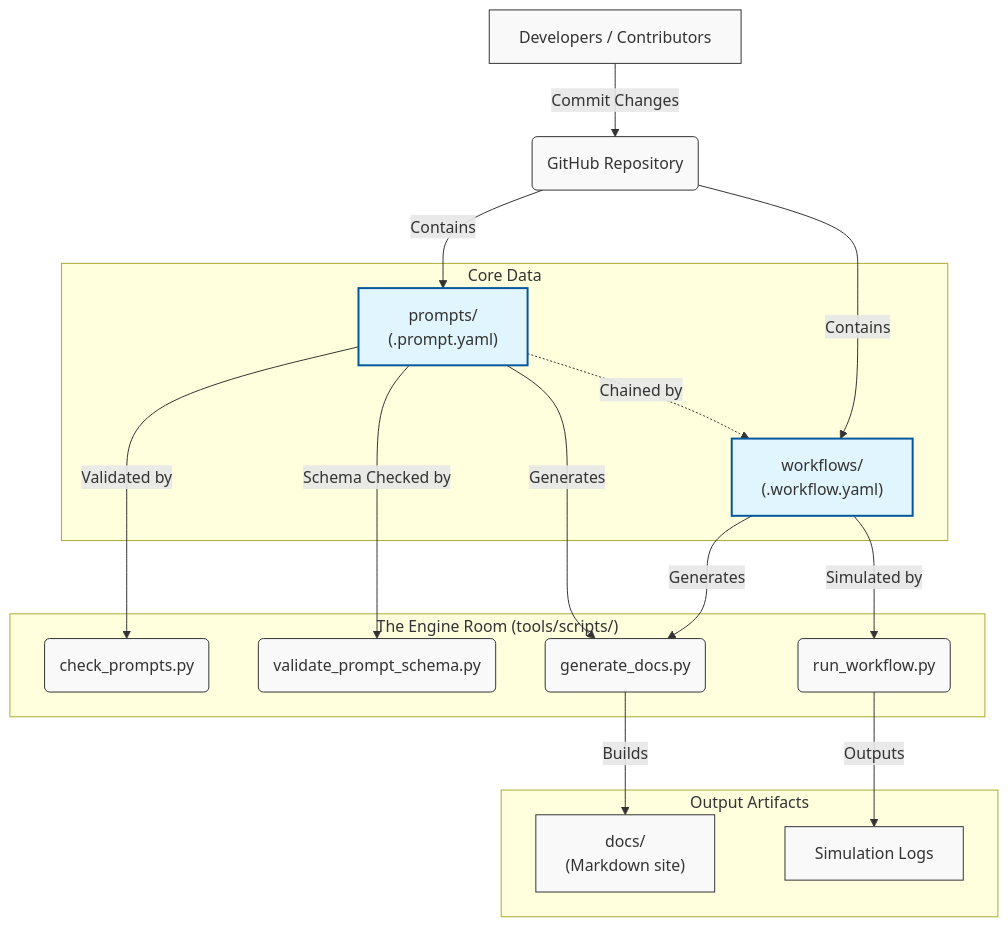
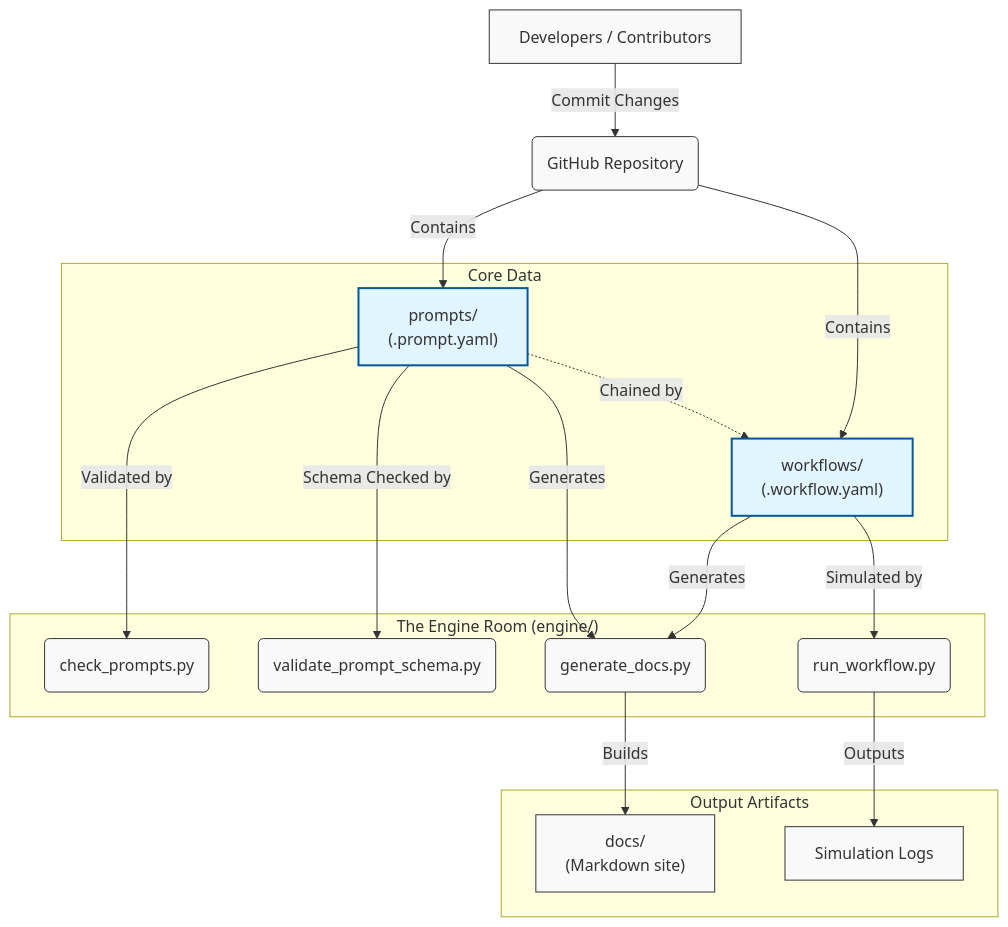
The diagram in docs/system_architecture.md (fderuiter/proompts), drawn with Mermaid before and after one commit. The commit also changed other lines of this file and 79 other files, not shown here.

````diff
--- a/docs/system_architecture.md
+++ b/docs/system_architecture.md
@@ -16,41 +9,41 @@
 ```mermaid
 graph TD
     %% Define Nodes
     A[Developers / Contributors] -->|Commit Changes| B(GitHub Repository)
 
     subgraph "Core Data"
         C1["prompts/<br>(.prompt.yaml)"]
         C2["workflows/<br>(.workflow.yaml)"]
         C1 -.->|Chained by| C2
     end
     B -->|Contains| C1
     B -->|Contains| C2
 
-    subgraph "The Engine Room (tools/scripts/)"
+    subgraph "The Engine Room (engine/)"
         D1(check_prompts.py)
         D2(validate_prompt_schema.py)
         D3(run_workflow.py)
         D4(generate_docs.py)
     end
 
     %% Flow of Validation
     C1 -->|Validated by| D1
     C1 -->|Schema Checked by| D2
     C2 -->|Simulated by| D3
 
     %% Output
     C1 -->|Generates| D4
     C2 -->|Generates| D4
 
     subgraph "Output Artifacts"
         E1["docs/<br>(Markdown site)"]
         E2[Simulation Logs]
     end
 
     D4 -->|Builds| E1
     D3 -->|Outputs| E2
 
     classDef default fill:#f9f9f9,stroke:#333,stroke-width:1px;
     classDef highlight fill:#e1f5fe,stroke:#01579b,stroke-width:2px;
     class C1,C2 highlight;
 ```
````
